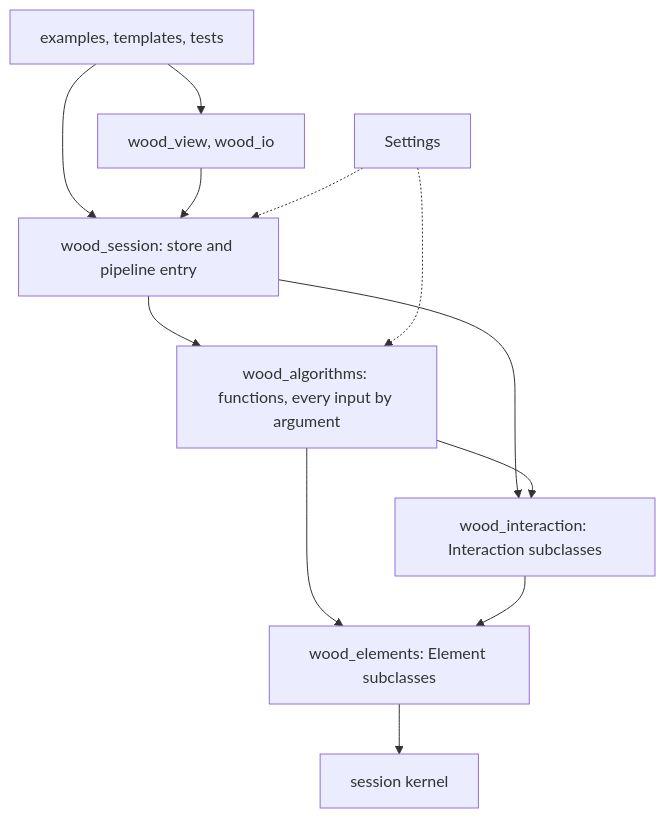
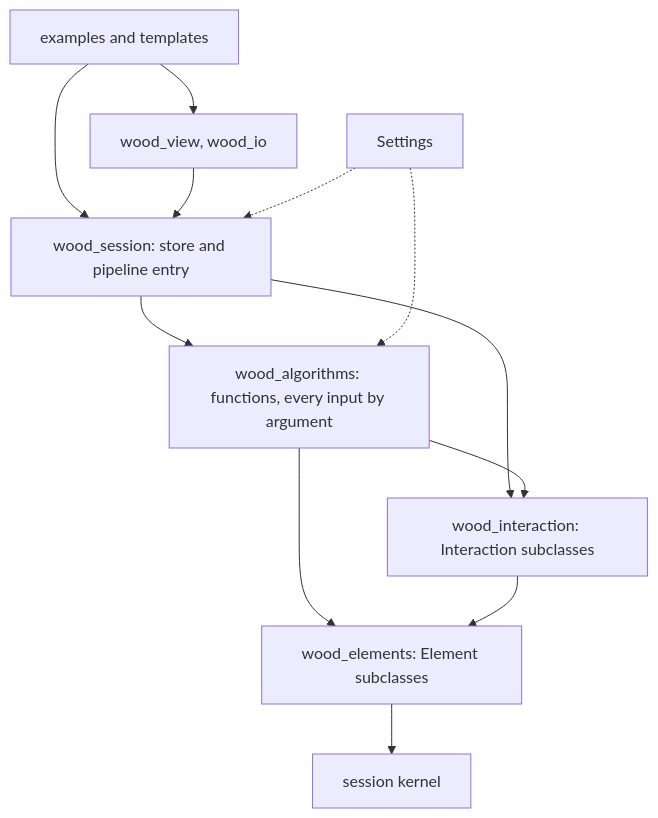
One commit to petrasvestartas/wood changed the tenth of 10 diagrams in src/docs.md. Above: the diagram before and after it, drawn with Mermaid. The commit also changed other lines of this file and 215 other files, not shown here.

Commit message:
wood: templates in subfolders (grid, reciprocal, shells, folding, cross), triangle bearing contacts for non-plate pairs, beam/column axis and section trimmed to cuts, plate contact guids kept through pb, tests removed (examples only), data/output ignored

````diff
--- a/src/docs.md
+++ b/src/docs.md
@@ -341,14 +343,14 @@
 ```mermaid
 flowchart TB
-    EX["examples, templates, tests"] --> S["wood_session: store and pipeline entry"]
+    EX["examples and templates"] --> S["wood_session: store and pipeline entry"]
     EX --> V["wood_view, wood_io"]
     V --> S
     S --> AL["wood_algorithms: functions, every input by argument"]
     S --> DA["wood_interaction: Interaction subclasses"]
     AL --> DA
     AL --> EL["wood_elements: Element subclasses"]
     DA --> EL
     EL --> K["session kernel"]
     SE["Settings"] -.-> AL
     SE -.-> S
 ```
````
